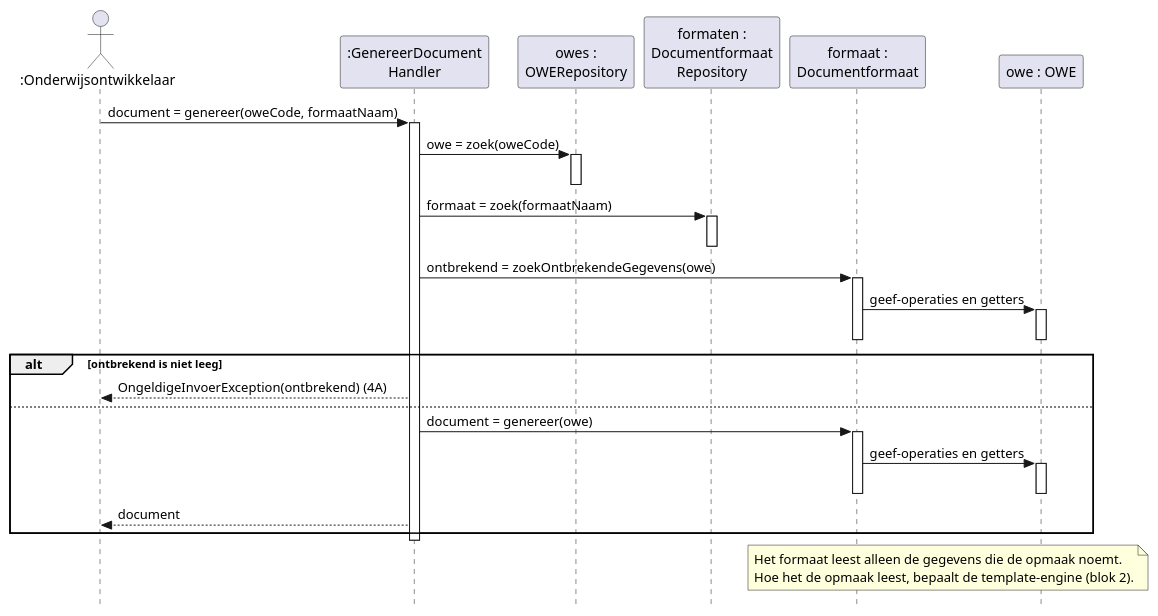
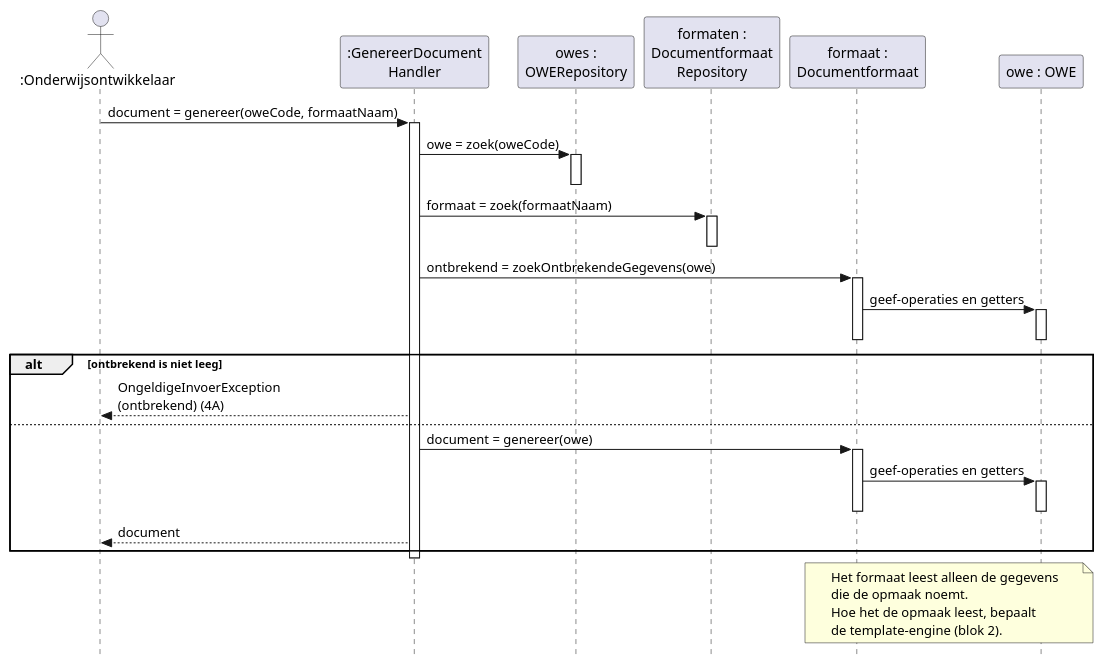
The diagram in docs/diagrams/sd-uc06-genereer.puml (HAN-Craftsmanship-KL-JJG/casus), drawn with PlantUML before and after one commit. The commit also changed 16 other files, not shown here.

First line of the commit message:
docs: wrap long messages in sequence diagrams

```diff
--- a/docs/diagrams/sd-uc06-genereer.puml
+++ b/docs/diagrams/sd-uc06-genereer.puml
@@ -1,46 +1,48 @@
 @startuml sd-uc06-genereer
 ' Sequence diagram van systeemoperatie genereer (UC06, stap 3 tot en met 6).
 ' Toelichting: docs/sequencediagrammen.md
 skinparam style strictuml
 skinparam shadowing false
 skinparam defaultFontName Helvetica
 hide footbox
 
 actor ":Onderwijsontwikkelaar" as ontwikkelaar
 participant ":GenereerDocument\nHandler" as handler
 participant "owes :\nOWERepository" as owes
 participant "formaten :\nDocumentformaat\nRepository" as formaten
 participant "formaat :\nDocumentformaat" as formaat
 participant "owe : OWE" as owe
 
 ontwikkelaar -> handler : document = genereer(oweCode, formaatNaam)
 activate handler
 handler -> owes : owe = zoek(oweCode)
 activate owes
 deactivate owes
 handler -> formaten : formaat = zoek(formaatNaam)
 activate formaten
 deactivate formaten
 handler -> formaat : ontbrekend = zoekOntbrekendeGegevens(owe)
 activate formaat
 formaat -> owe : geef-operaties en getters
 activate owe
 deactivate owe
 deactivate formaat
 alt ontbrekend is niet leeg
-  handler --> ontwikkelaar : OngeldigeInvoerException(ontbrekend) (4A)
+  handler --> ontwikkelaar : OngeldigeInvoerException\n(ontbrekend) (4A)
 else
   handler -> formaat : document = genereer(owe)
   activate formaat
   formaat -> owe : geef-operaties en getters
   activate owe
   deactivate owe
   deactivate formaat
   handler --> ontwikkelaar : document
 end
 deactivate handler
 note over formaat, owe
-  Het formaat leest alleen de gegevens die de opmaak noemt.
-  Hoe het de opmaak leest, bepaalt de template-engine (blok 2).
+  Het formaat leest alleen de gegevens
+  die de opmaak noemt.
+  Hoe het de opmaak leest, bepaalt
+  de template-engine (blok 2).
 end note
 @enduml
```
